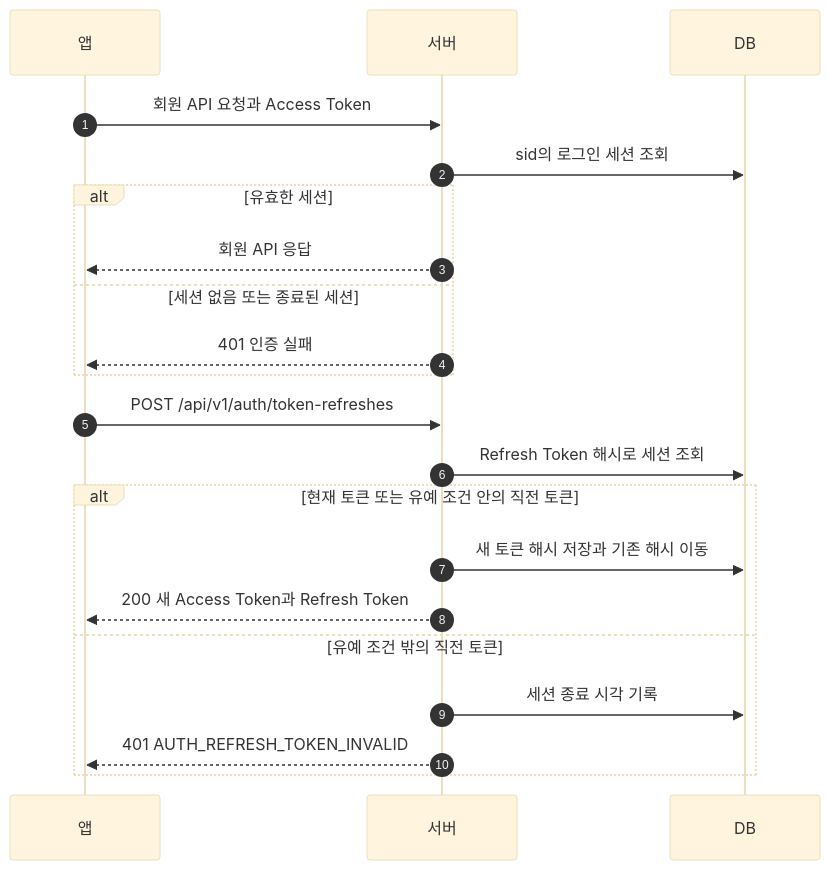
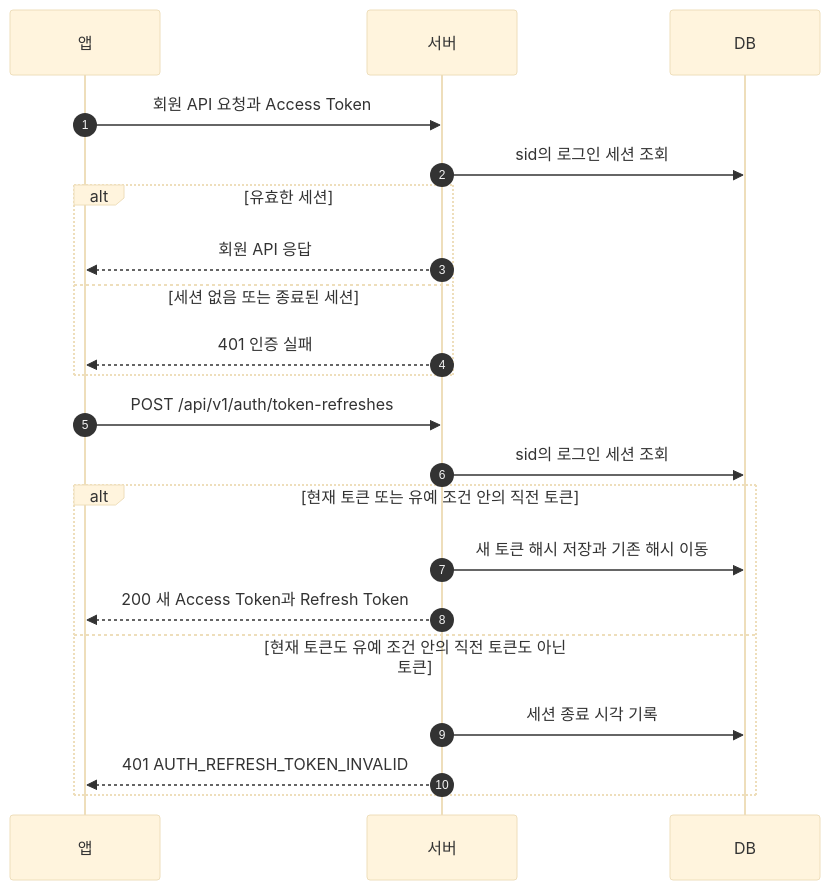
The first of 3 diagrams in design/authentication.md (JECT-Study/Billit-5th-Docs), drawn with Mermaid (base theme) before and after one commit. The commit also changed other lines of this file, not shown here.

````diff
--- a/design/authentication.md
+++ b/design/authentication.md
@@ -46,24 +46,24 @@
 ```mermaid
 sequenceDiagram
     autonumber
     participant App as 앱
     participant Server as 서버
     participant DB as DB
 
     App->>Server: 회원 API 요청과 Access Token
     Server->>DB: sid의 로그인 세션 조회
     alt 유효한 세션
         Server-->>App: 회원 API 응답
     else 세션 없음 또는 종료된 세션
         Server-->>App: 401 인증 실패
     end
     App->>Server: POST /api/v1/auth/token-refreshes
-    Server->>DB: Refresh Token 해시로 세션 조회
+    Server->>DB: sid의 로그인 세션 조회
     alt 현재 토큰 또는 유예 조건 안의 직전 토큰
         Server->>DB: 새 토큰 해시 저장과 기존 해시 이동
         Server-->>App: 200 새 Access Token과 Refresh Token
-    else 유예 조건 밖의 직전 토큰
+    else 현재 토큰도 유예 조건 안의 직전 토큰도 아닌 토큰
         Server->>DB: 세션 종료 시각 기록
         Server-->>App: 401 AUTH_REFRESH_TOKEN_INVALID
     end
 ```
````
